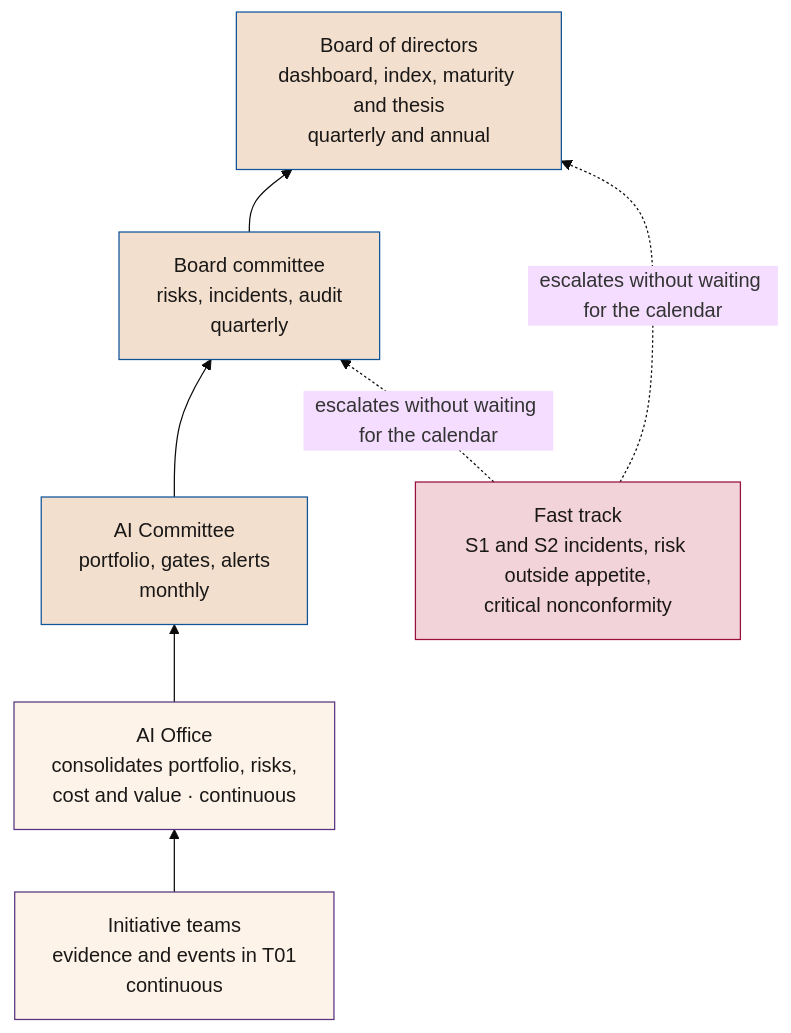
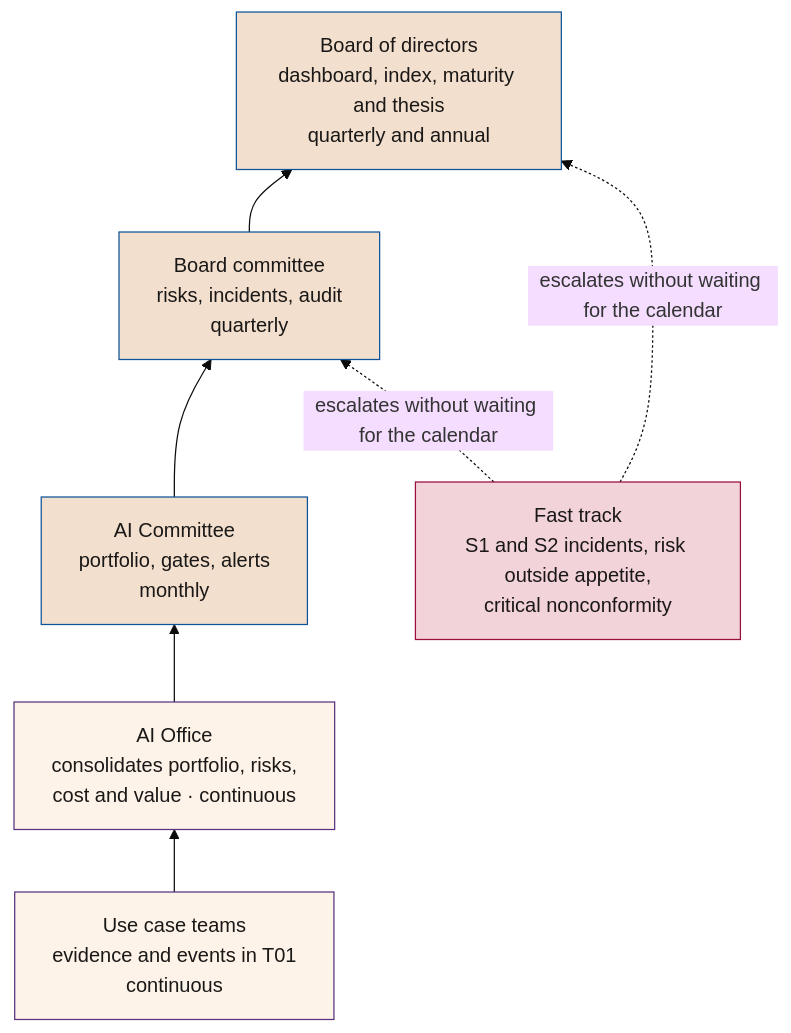
One commit to seachad/AI_CONSULTING changed the fourth of 7 diagrams in SEVEN-G/mds/en/54_SEVEN-G_Organizacion_de_la_compania_para_la_IA.md. Above: the diagram before and after it, drawn with Mermaid (base theme). The commit also changed other lines of this file and 1379 other files, not shown here.

````diff
--- a/SEVEN-G/mds/en/54_SEVEN-G_Organizacion_de_la_compania_para_la_IA.md
+++ b/SEVEN-G/mds/en/54_SEVEN-G_Organizacion_de_la_compania_para_la_IA.md
@@ -324,18 +324,18 @@
 ```mermaid
 flowchart BT
-  EQ["Initiative teams<br>evidence and events in T01<br>continuous"]
+  EQ["Use case teams<br>evidence and events in T01<br>continuous"]
   OF["AI Office<br>consolidates portfolio, risks,<br>cost and value · continuous"]
   CIA["AI Committee<br>portfolio, gates, alerts<br>monthly"]
   CD["Board committee<br>risks, incidents, audit<br>quarterly"]
   CA["Board of directors<br>dashboard, index, maturity and thesis<br>quarterly and annual"]
   ALE["Fast track<br>S1 and S2 incidents, risk outside appetite,<br>critical nonconformity"]
   EQ --> OF --> CIA --> CD --> CA
   ALE -.->|"escalates without waiting for the calendar"| CD
   ALE -.->|"escalates without waiting for the calendar"| CA
   classDef base fill:#fdf3e8,stroke:#593380,color:#1a1817
   classDef org fill:#f2dfce,stroke:#0f5499,color:#1a1817
   classDef ale fill:#f3d3da,stroke:#990f3d,color:#1a1817
   class EQ,OF base
   class CIA,CD,CA org
   class ALE ale
 ```
````
